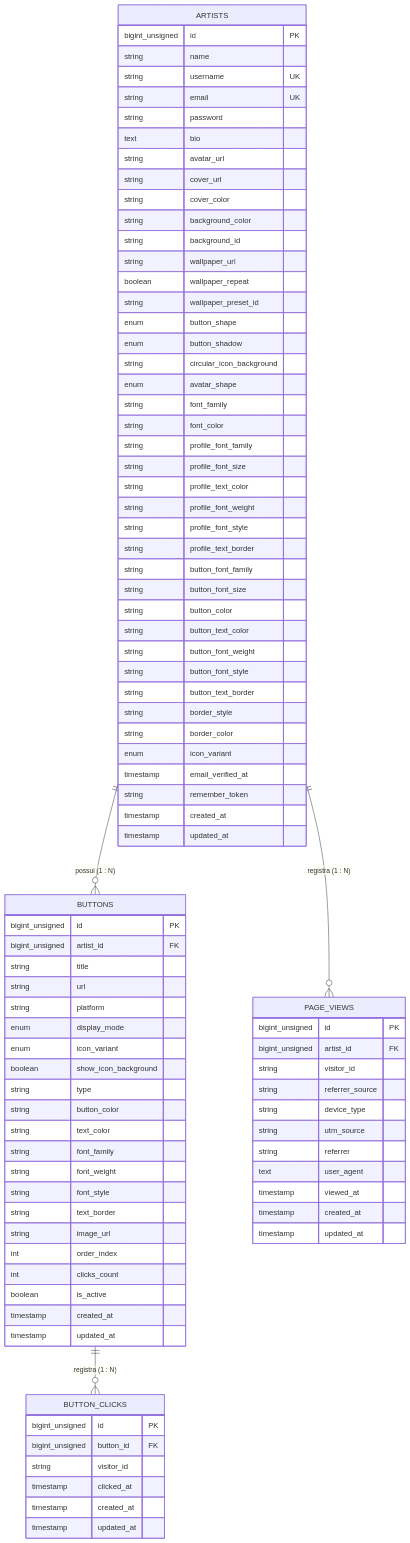
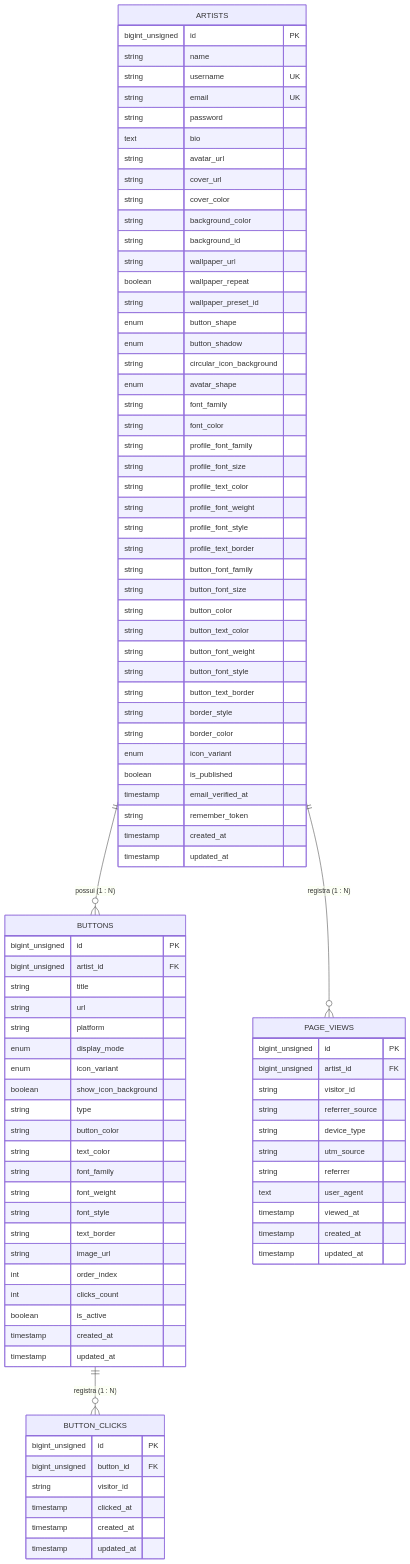
The diagram in docs/DATA_DICTIONARY.md (pinhogo/assinart_v1-back), drawn with Mermaid before and after one commit. The commit also changed other lines of this file and 8 other files, not shown here.

```diff
--- a/docs/DATA_DICTIONARY.md
+++ b/docs/DATA_DICTIONARY.md
@@ -53,6 +53,7 @@
         string border_style
         string border_color
         enum icon_variant
+        boolean is_published
         timestamp email_verified_at
         string remember_token
         timestamp created_at
```
